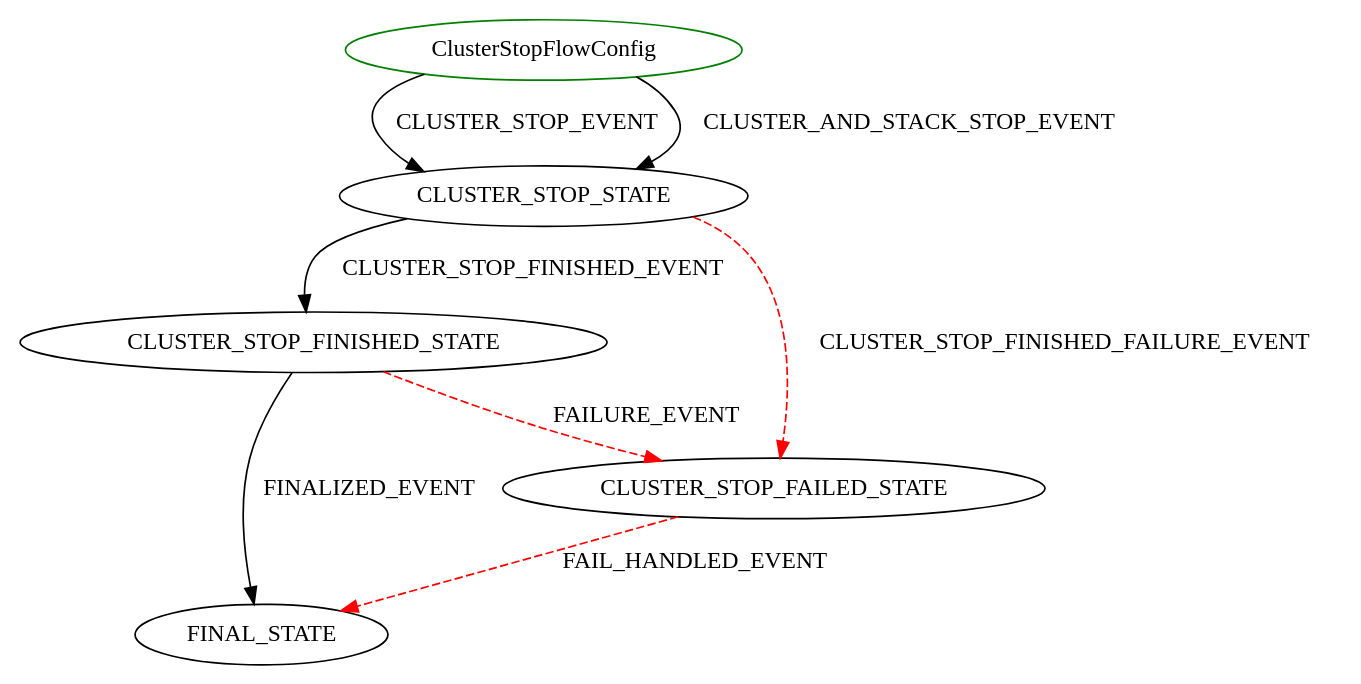
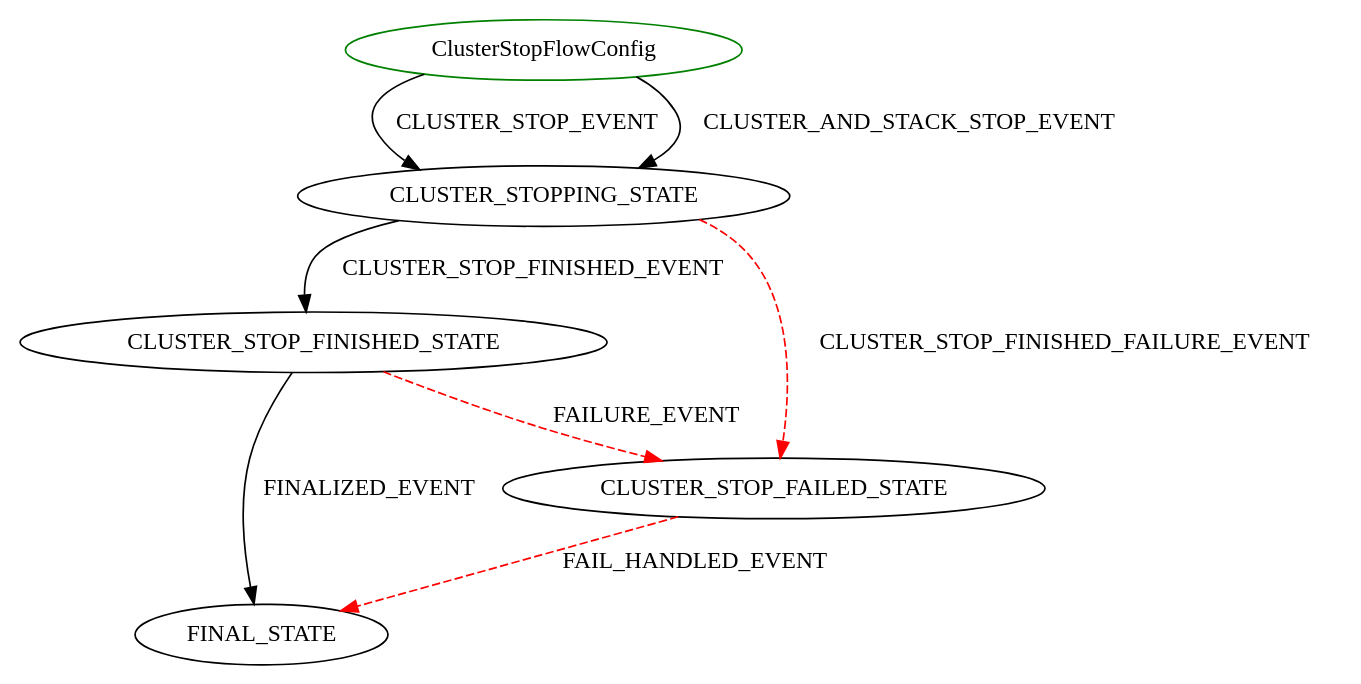
The diagram in docs/diagrams/ClusterStopFlowConfig.dot (wprender/cloudbreak-docs), drawn with Graphviz before and after one commit. The commit also changed 6 other files, not shown here.

Commit message:
CLOUD-58687 Move cluster update password flow to new flow engine

```diff
--- a/docs/diagrams/ClusterStopFlowConfig.dot
+++ b/docs/diagrams/ClusterStopFlowConfig.dot
@@ -1,10 +1,10 @@
 digraph {
 INIT_STATE [label="ClusterStopFlowConfig" shape=ellipse color=green];
-INIT_STATE -> CLUSTER_STOP_STATE [label="CLUSTER_STOP_EVENT" color=black style=solid];
-INIT_STATE -> CLUSTER_STOP_STATE [label="CLUSTER_AND_STACK_STOP_EVENT" color=black style=solid];
-CLUSTER_STOP_STATE -> CLUSTER_STOP_FINISHED_STATE [label="CLUSTER_STOP_FINISHED_EVENT" color=black style=solid];
-CLUSTER_STOP_STATE -> CLUSTER_STOP_FAILED_STATE [label="CLUSTER_STOP_FINISHED_FAILURE_EVENT" color=red style=dashed];
+INIT_STATE -> CLUSTER_STOPPING_STATE [label="CLUSTER_STOP_EVENT" color=black style=solid];
+INIT_STATE -> CLUSTER_STOPPING_STATE [label="CLUSTER_AND_STACK_STOP_EVENT" color=black style=solid];
+CLUSTER_STOPPING_STATE -> CLUSTER_STOP_FINISHED_STATE [label="CLUSTER_STOP_FINISHED_EVENT" color=black style=solid];
+CLUSTER_STOPPING_STATE -> CLUSTER_STOP_FAILED_STATE [label="CLUSTER_STOP_FINISHED_FAILURE_EVENT" color=red style=dashed];
 CLUSTER_STOP_FAILED_STATE -> FINAL_STATE [label="FAIL_HANDLED_EVENT" color=red style=dashed];
 CLUSTER_STOP_FINISHED_STATE -> FINAL_STATE [label="FINALIZED_EVENT" color=black style=solid];
 CLUSTER_STOP_FINISHED_STATE -> CLUSTER_STOP_FAILED_STATE [label="FAILURE_EVENT" color=red style=dashed];
 }
```
